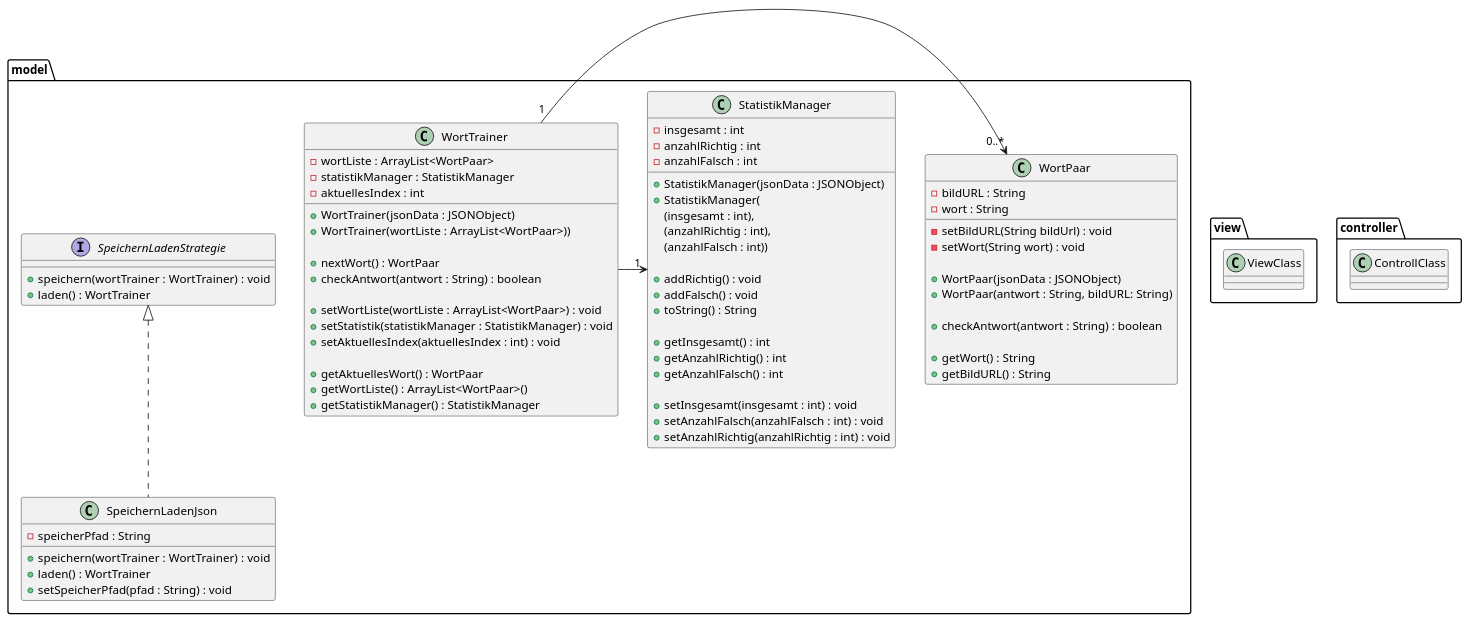
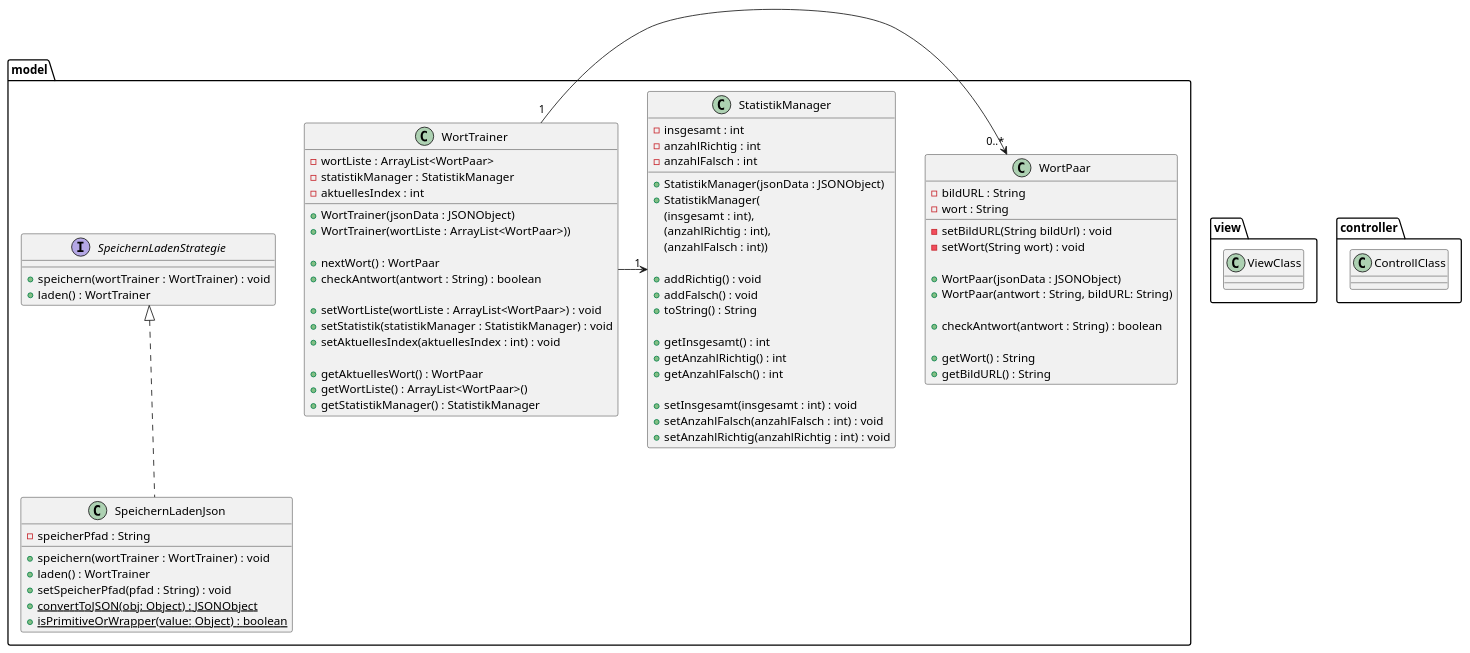
One commit to TGM-HIT/sew9-2425-worttrainer-aaabdulkarim changed the diagram in Worttrainer_UML.puml. Above: the diagram before and after it, drawn with PlantUML. The commit also changed 3 other files, not shown here.

```diff
--- a/Worttrainer_UML.puml
+++ b/Worttrainer_UML.puml
@@ -1,98 +1,100 @@
 @startuml
 'https://plantuml.com/class-diagram
 
 package model {
 
     class WortPaar {
         - bildURL : String
         - wort : String
 
         - setBildURL(String bildUrl) : void
         - setWort(String wort) : void
 
         + WortPaar(jsonData : JSONObject)
         + WortPaar(antwort : String, bildURL: String)
 
         + checkAntwort(antwort : String) : boolean
 
         + getWort() : String
         + getBildURL() : String
 
     }
 
     class WortTrainer {
         - wortListe : ArrayList<WortPaar>
         - statistikManager : StatistikManager
         - aktuellesIndex : int
 
         + WortTrainer(jsonData : JSONObject)
         + WortTrainer(wortListe : ArrayList<WortPaar>))
 
         + nextWort() : WortPaar
         + checkAntwort(antwort : String) : boolean
 
         + setWortListe(wortListe : ArrayList<WortPaar>) : void
         + setStatistik(statistikManager : StatistikManager) : void
         + setAktuellesIndex(aktuellesIndex : int) : void
 
         + getAktuellesWort() : WortPaar
         + getWortListe() : ArrayList<WortPaar>()
         + getStatistikManager() : StatistikManager
 
     }
 
     class StatistikManager {
         - insgesamt : int
         - anzahlRichtig : int
         - anzahlFalsch : int
 
         + StatistikManager(jsonData : JSONObject)
         + StatistikManager(
         (insgesamt : int),
         (anzahlRichtig : int),
         (anzahlFalsch : int))
 
         + addRichtig() : void
         + addFalsch() : void
         + toString() : String
 
         + getInsgesamt() : int
         + getAnzahlRichtig() : int
         + getAnzahlFalsch() : int
 
         + setInsgesamt(insgesamt : int) : void
         + setAnzahlFalsch(anzahlFalsch : int) : void
         + setAnzahlRichtig(anzahlRichtig : int) : void
     }
 
     interface SpeichernLadenStrategie{
         + speichern(wortTrainer : WortTrainer) : void
         + laden() : WortTrainer
     }
 
     class SpeichernLadenJson implements SpeichernLadenStrategie{
         - speicherPfad : String
         + speichern(wortTrainer : WortTrainer) : void
         + laden() : WortTrainer
         + setSpeicherPfad(pfad : String) : void
+        + {static} convertToJSON(obj: Object) : JSONObject
+        + {static} isPrimitiveOrWrapper(value: Object) : boolean
     }
 }
 
 
 package view {
     class ViewClass {
     }
 }
 
 package controller {
     class ControllClass {
     }
 }
 
 
 
 
 WortTrainer "1" -> "0..*" WortPaar
 WortTrainer -> "1" StatistikManager
 
 @enduml
```
